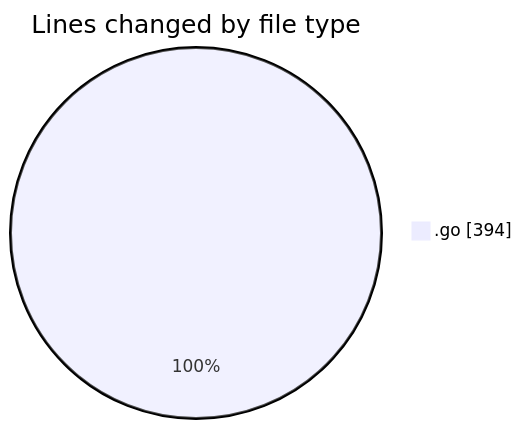
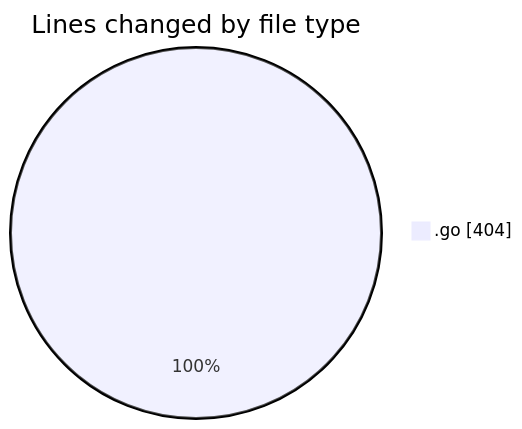
One commit to robertbonfada/code-tracking changed the first of 2 diagrams in 2025-03-05/simulador/README.md. Above: the diagram before and after it, drawn with Mermaid. The commit also changed other lines of this file and 1 other file, not shown here.

````diff
--- a/2025-03-05/simulador/README.md
+++ b/2025-03-05/simulador/README.md
@@ -20,5 +20,5 @@
 ```mermaid
 pie showData
 title Lines changed by file type
-".go" : 394
+".go" : 404
 ```
````
